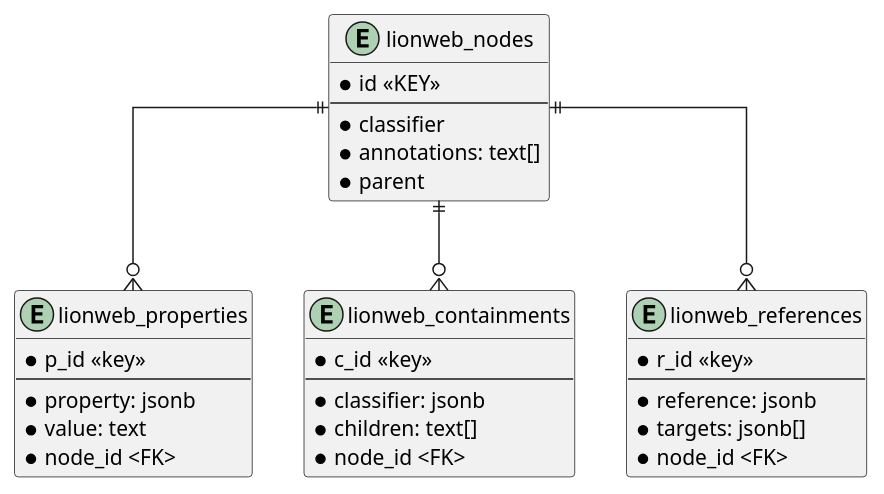
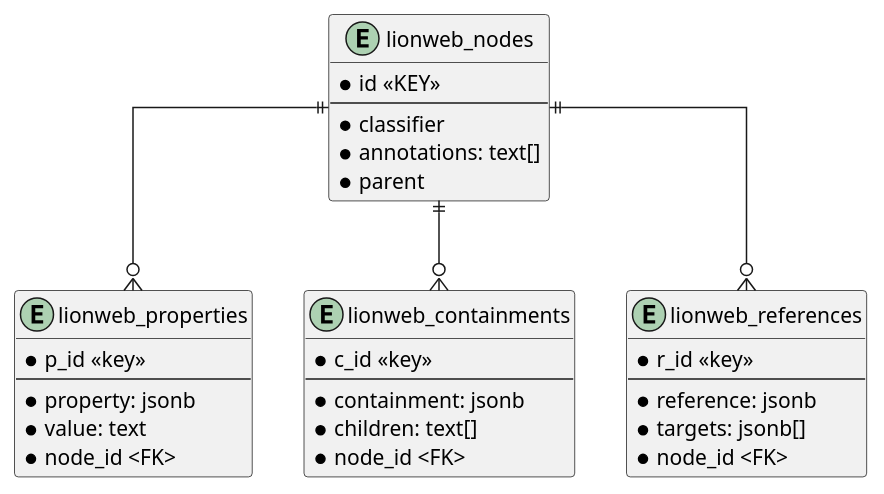
One commit to LionWeb-io/lionweb-repository changed the diagram in docs/database-schema.puml. Above: the diagram before and after it, drawn with PlantUML. The commit also changed 13 other files, not shown here.

```diff
--- a/docs/database-schema.puml
+++ b/docs/database-schema.puml
@@ -1,36 +1,36 @@
 @startuml
 skinparam linetype ortho
 
 entity lionweb_nodes {
     * id <<KEY>>
     --
     * classifier
     * annotations: text[]
     * parent
 }
 entity lionweb_properties {
     * p_id <<key>>
     --
     * property: jsonb
     * value: text
     * node_id <FK>
 }
 entity lionweb_containments {
     * c_id <<key>>
     --
-    * classifier: jsonb
+    * containment: jsonb
     * children: text[]
     * node_id <FK>
 }
 entity lionweb_references {
     * r_id <<key>>
     --
     * reference: jsonb
     * targets: jsonb[]
     * node_id <FK>
 }
 
 lionweb_nodes  ||--o{ lionweb_properties
 lionweb_nodes  ||--o{ lionweb_containments
 lionweb_nodes  ||--o{ lionweb_references
 @enduml
```
